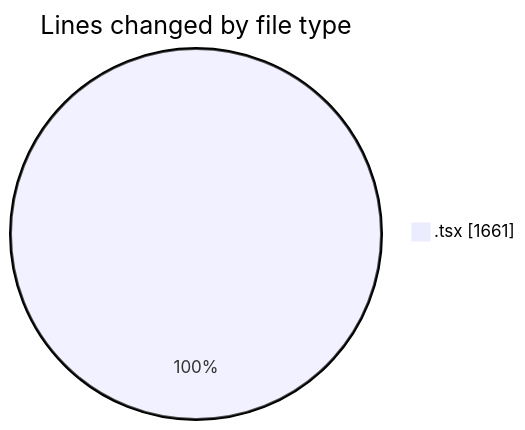
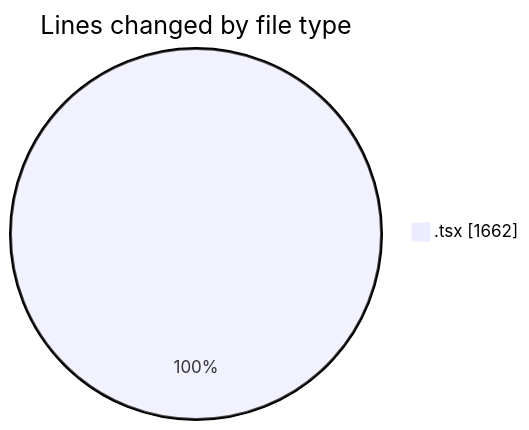
One commit to momahboobian/code-tracking changed the first of 2 diagrams in 2025-06-12/cda/README.md. Above: the diagram before and after it, drawn with Mermaid. The commit also changed other lines of this file and 1 other file, not shown here.

````diff
--- a/2025-06-12/cda/README.md
+++ b/2025-06-12/cda/README.md
@@ -22,5 +22,5 @@
 ```mermaid
 pie showData
 title Lines changed by file type
-".tsx" : 1661
+".tsx" : 1662
 ```
````
